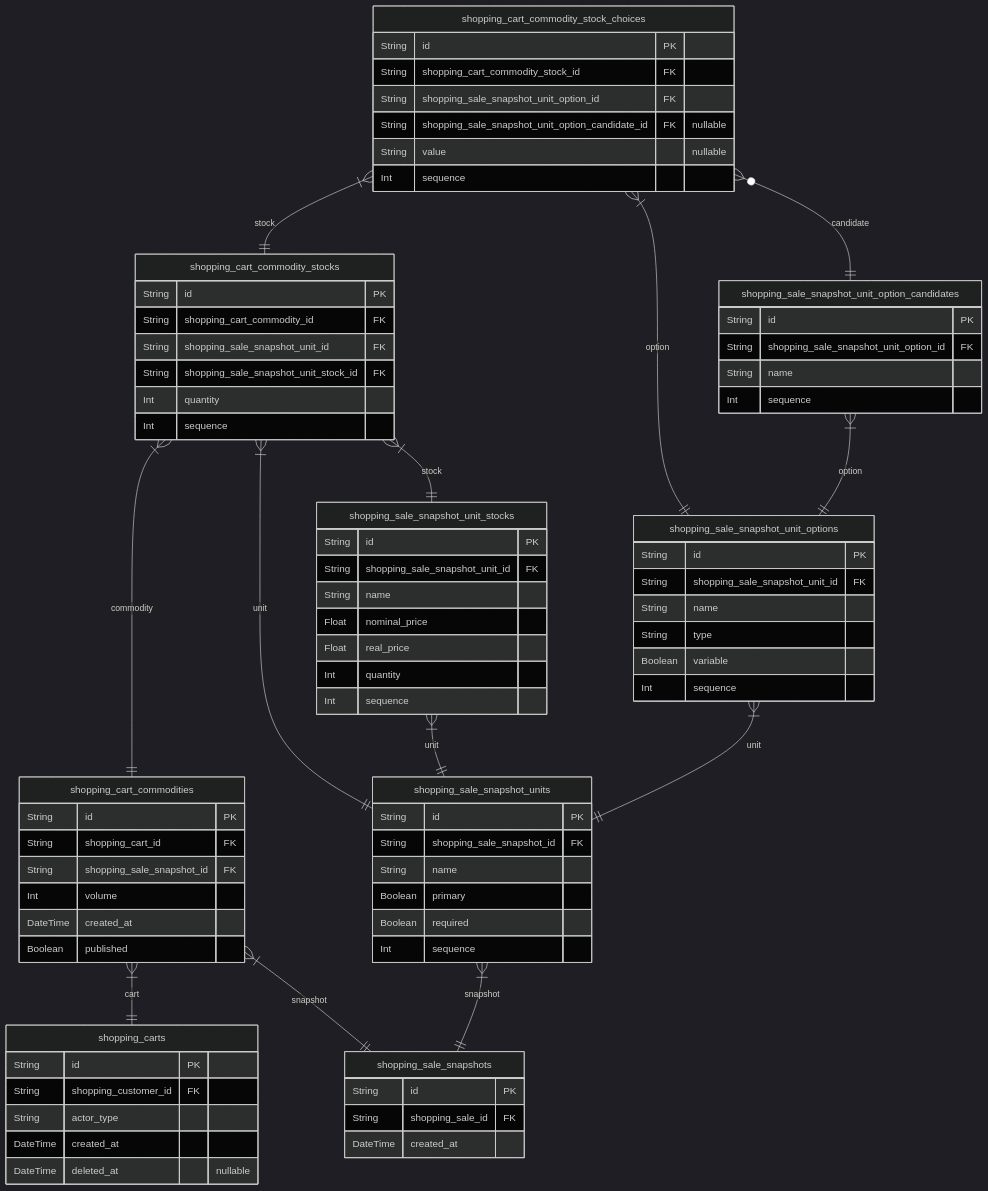
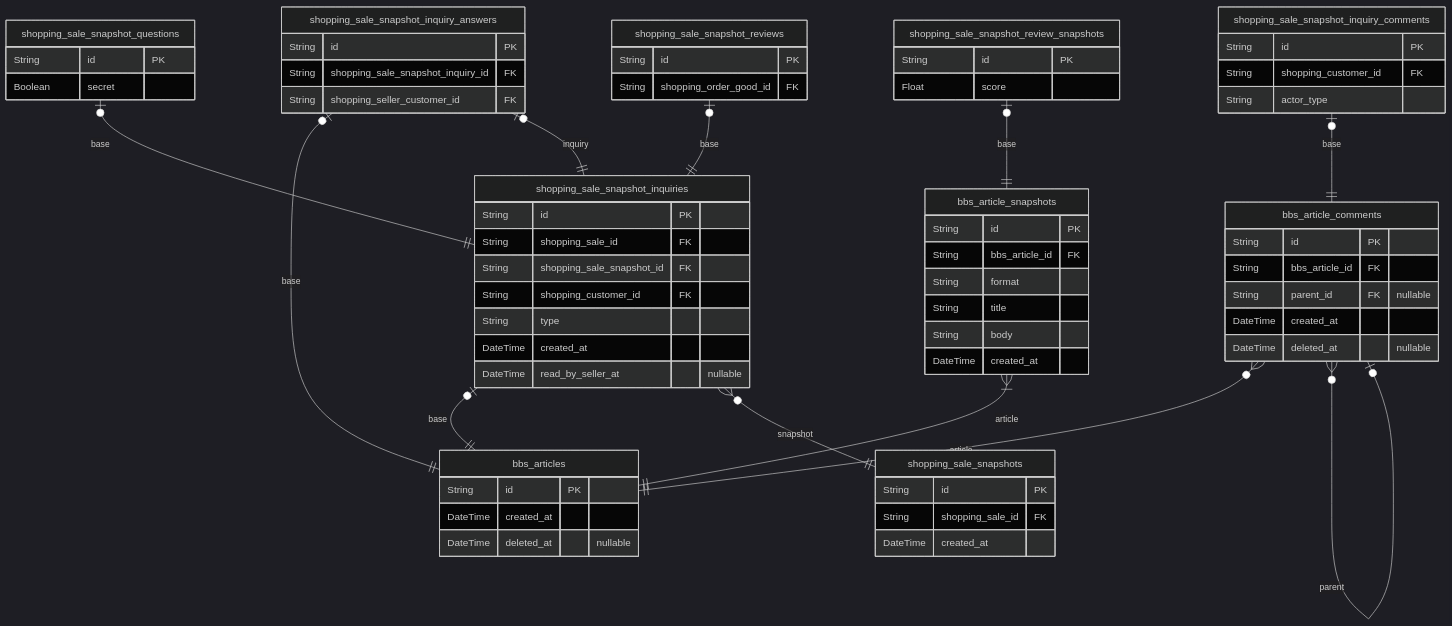
The ninth of 10 diagrams in docs/ERD.md (samchon/shopping-backend), drawn with Mermaid (dark theme) before and after one commit. The commit also changed other lines of this file and 75 other files, not shown here.

````diff
--- a/docs/ERD.md
+++ b/docs/ERD.md
@@ -2097,82 +2370,70 @@
 ```mermaid
 erDiagram
+"shopping_sale_snapshot_inquiries" {
+    String id PK
+    String shopping_sale_id FK
+    String shopping_sale_snapshot_id FK
+    String shopping_customer_id FK
+    String type
+    DateTime created_at
+    DateTime read_by_seller_at "nullable"
+}
+"shopping_sale_snapshot_questions" {
+    String id PK
+    Boolean secret
+}
+"shopping_sale_snapshot_reviews" {
+    String id PK
+    String shopping_order_good_id FK
+}
+"shopping_sale_snapshot_review_snapshots" {
+    String id PK
+    Float score
+}
+"shopping_sale_snapshot_inquiry_answers" {
+    String id PK
+    String shopping_sale_snapshot_inquiry_id FK
+    String shopping_seller_customer_id FK
+}
+"shopping_sale_snapshot_inquiry_comments" {
+    String id PK
+    String shopping_customer_id FK
+    String actor_type
+}
+"bbs_articles" {
+    String id PK
+    DateTime created_at
+    DateTime deleted_at "nullable"
+}
+"bbs_article_snapshots" {
+    String id PK
+    String bbs_article_id FK
+    String format
+    String title
+    String body
+    DateTime created_at
+}
+"bbs_article_comments" {
+    String id PK
+    String bbs_article_id FK
+    String parent_id FK "nullable"
+    DateTime created_at
+    DateTime deleted_at "nullable"
+}
 "shopping_sale_snapshots" {
     String id PK
     String shopping_sale_id FK
     DateTime created_at
 }
-"shopping_sale_snapshot_units" {
-    String id PK
-    String shopping_sale_snapshot_id FK
-    String name
-    Boolean primary
-    Boolean required
-    Int sequence
-}
-"shopping_sale_snapshot_unit_options" {
-    String id PK
-    String shopping_sale_snapshot_unit_id FK
-    String name
-    String type
-    Boolean variable
-    Int sequence
-}
-"shopping_sale_snapshot_unit_option_candidates" {
-    String id PK
-    String shopping_sale_snapshot_unit_option_id FK
-    String name
-    Int sequence
-}
-"shopping_sale_snapshot_unit_stocks" {
-    String id PK
-    String shopping_sale_snapshot_unit_id FK
-    String name
-    Float nominal_price
-    Float real_price
-    Int quantity
-    Int sequence
-}
-"shopping_carts" {
-    String id PK
-    String shopping_customer_id FK
-    String actor_type
-    DateTime created_at
-    DateTime deleted_at "nullable"
-}
-"shopping_cart_commodities" {
-    String id PK
-    String shopping_cart_id FK
-    String shopping_sale_snapshot_id FK
-    Int volume
-    DateTime created_at
-    Boolean published
-}
-"shopping_cart_commodity_stocks" {
-    String id PK
-    String shopping_cart_commodity_id FK
-    String shopping_sale_snapshot_unit_id FK
-    String shopping_sale_snapshot_unit_stock_id FK
-    Int quantity
-    Int sequence
-}
-"shopping_cart_commodity_stock_choices" {
-    String id PK
-    String shopping_cart_commodity_stock_id FK
-    String shopping_sale_snapshot_unit_option_id FK
-    String shopping_sale_snapshot_unit_option_candidate_id FK "nullable"
-    String value "nullable"
-    Int sequence
-}
-"shopping_sale_snapshot_units" }|--|| "shopping_sale_snapshots" : snapshot
-"shopping_sale_snapshot_unit_options" }|--|| "shopping_sale_snapshot_units" : unit
-"shopping_sale_snapshot_unit_option_candidates" }|--|| "shopping_sale_snapshot_unit_options" : option
-"shopping_sale_snapshot_unit_stocks" }|--|| "shopping_sale_snapshot_units" : unit
-"shopping_cart_commodities" }|--|| "shopping_carts" : cart
-"shopping_cart_commodities" }|--|| "shopping_sale_snapshots" : snapshot
-"shopping_cart_commodity_stocks" }|--|| "shopping_cart_commodities" : commodity
-"shopping_cart_commodity_stocks" }|--|| "shopping_sale_snapshot_units" : unit
-"shopping_cart_commodity_stocks" }|--|| "shopping_sale_snapshot_unit_stocks" : stock
-"shopping_cart_commodity_stock_choices" }|--|| "shopping_cart_commodity_stocks" : stock
-"shopping_cart_commodity_stock_choices" }|--|| "shopping_sale_snapshot_unit_options" : option
-"shopping_cart_commodity_stock_choices" }o--|| "shopping_sale_snapshot_unit_option_candidates" : candidate
+"shopping_sale_snapshot_inquiries" |o--|| "bbs_articles" : base
+"shopping_sale_snapshot_inquiries" }o--|| "shopping_sale_snapshots" : snapshot
+"shopping_sale_snapshot_questions" |o--|| "shopping_sale_snapshot_inquiries" : base
+"shopping_sale_snapshot_reviews" |o--|| "shopping_sale_snapshot_inquiries" : base
+"shopping_sale_snapshot_review_snapshots" |o--|| "bbs_article_snapshots" : base
+"shopping_sale_snapshot_inquiry_answers" |o--|| "bbs_articles" : base
+"shopping_sale_snapshot_inquiry_answers" |o--|| "shopping_sale_snapshot_inquiries" : inquiry
+"shopping_sale_snapshot_inquiry_comments" |o--|| "bbs_article_comments" : base
+"bbs_article_snapshots" }|--|| "bbs_articles" : article
+"bbs_article_comments" }o--|| "bbs_articles" : article
+"bbs_article_comments" }o--o| "bbs_article_comments" : parent
 ```
````
